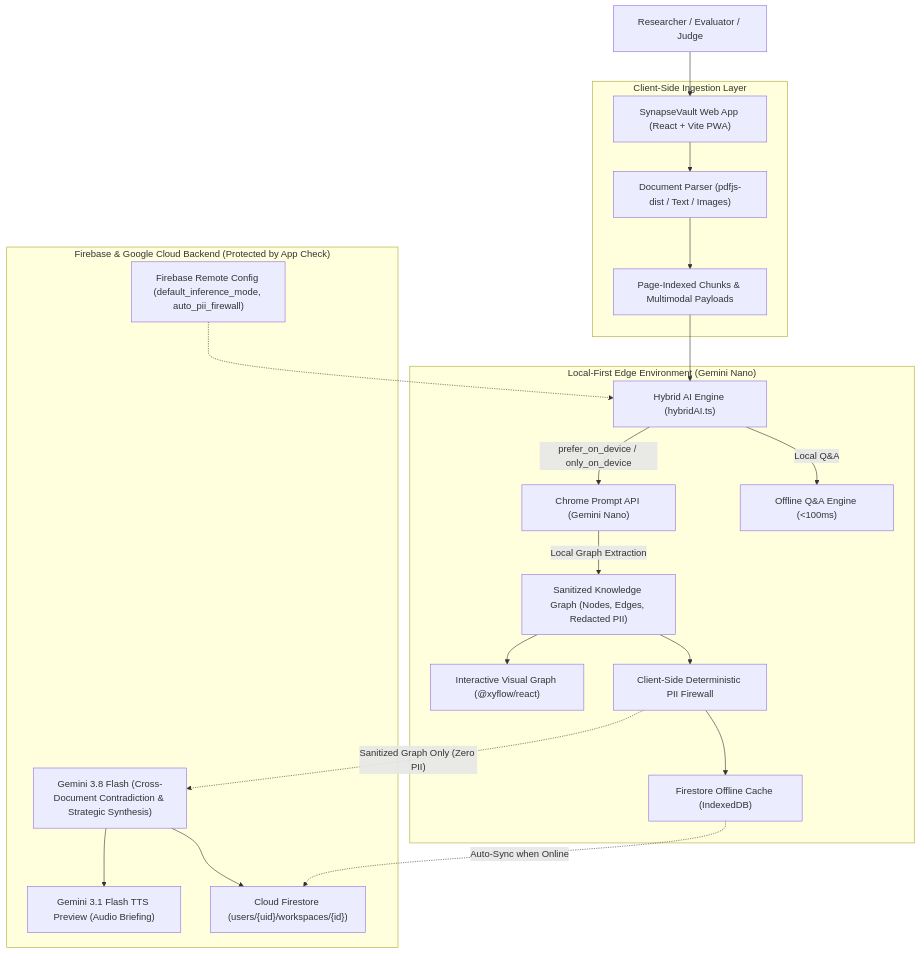
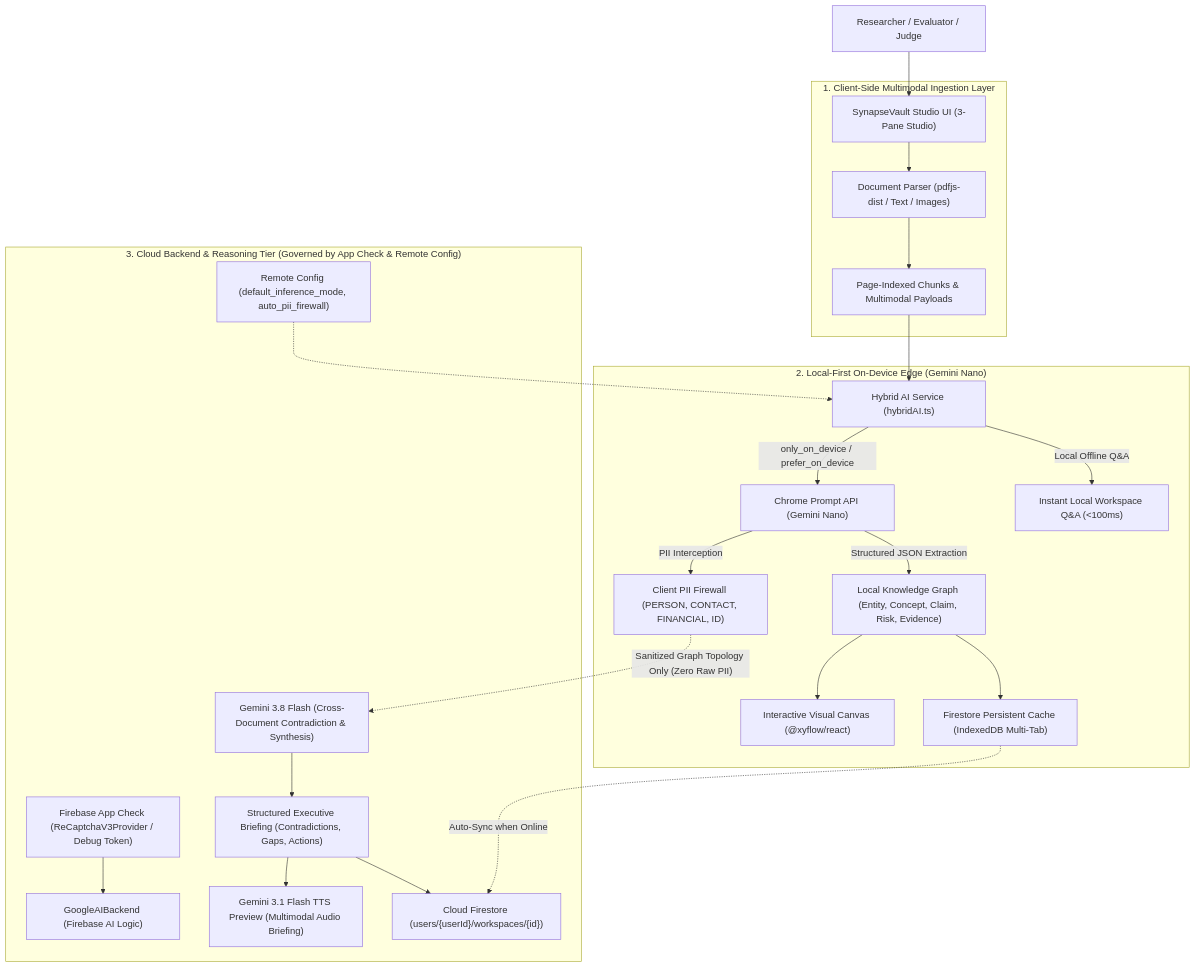
Before and after one commit to ritesh-1912/Firebase-Hackathon: the diagram in README.md, drawn with Mermaid. The commit also changed other lines of this file and 10 other files, not shown here.

Commit message:
chore: add hybrid benchmark mode, Firestore rules, and SynapseVault documentation

````diff
--- a/README.md
+++ b/README.md
@@ -41,30 +31,33 @@
 ```mermaid
 flowchart TD
-    User["Researcher / Evaluator / Judge"] --> UI["SynapseVault Web App (React + Vite PWA)"]
+    User["Researcher / Evaluator / Judge"] --> UI["SynapseVault Studio UI (3-Pane Studio)"]
     
-    subgraph Ingestion["Client-Side Ingestion Layer"]
+    subgraph Ingestion["1. Client-Side Multimodal Ingestion Layer"]
         UI --> Parser["Document Parser (pdfjs-dist / Text / Images)"]
         Parser --> IngestData["Page-Indexed Chunks & Multimodal Payloads"]
     end
 
-    subgraph Client["Local-First Edge Environment (Gemini Nano)"]
-        IngestData --> Router["Hybrid AI Engine (hybridAI.ts)"]
-        Router -->|"prefer_on_device / only_on_device"| PromptAPI["Chrome Prompt API (Gemini Nano)"]
-        PromptAPI -->|"Local Graph Extraction"| GraphPayload["Sanitized Knowledge Graph (Nodes, Edges, Redacted PII)"]
+    subgraph LocalEdge["2. Local-First On-Device Edge (Gemini Nano)"]
+        IngestData --> Router["Hybrid AI Service (hybridAI.ts)"]
+        Router -->|"only_on_device / prefer_on_device"| PromptAPI["Chrome Prompt API (Gemini Nano)"]
+        PromptAPI -->|"PII Interception"| Firewall["Client PII Firewall (PERSON, CONTACT, FINANCIAL, ID)"]
+        PromptAPI -->|"Structured JSON Extraction"| GraphPayload["Local Knowledge Graph (Entity, Concept, Claim, Risk, Evidence)"]
         
-        Router -->|"Local Q&A"| LocalQA["Offline Q&A Engine (<100ms)"]
+        Router -->|"Local Offline Q&A"| OfflineQA["Instant Local Workspace Q&A (<100ms)"]
         
-        GraphPayload --> GraphView["Interactive Visual Graph (@xyflow/react)"]
-        GraphPayload --> PiiFirewall["Client-Side Deterministic PII Firewall"]
-        PiiFirewall --> LocalCache["Firestore Offline Cache (IndexedDB)"]
+        GraphPayload --> GraphView["Interactive Visual Canvas (@xyflow/react)"]
+        GraphPayload --> LocalCache["Firestore Persistent Cache (IndexedDB Multi-Tab)"]
     end
 
-    subgraph Cloud["Firebase & Google Cloud Backend (Protected by App Check)"]
-        PiiFirewall -.->|"Sanitized Graph Only (Zero PII)"| CloudBriefing["Gemini 3.8 Flash (Cross-Document Contradiction & Strategic Synthesis)"]
-        CloudBriefing --> AudioTTS["Gemini 3.1 Flash TTS Preview (Audio Briefing)"]
+    subgraph Cloud["3. Cloud Backend & Reasoning Tier (Governed by App Check & Remote Config)"]
+        AppCheckGuard["Firebase App Check (ReCaptchaV3Provider / Debug Token)"] --> AIBackend["GoogleAIBackend (Firebase AI Logic)"]
+        RemoteConfig["Remote Config (default_inference_mode, auto_pii_firewall)"] -.-> Router
         
-        LocalCache -.->|"Auto-Sync when Online"| CloudFirestore["Cloud Firestore (users/{uid}/workspaces/{id})"]
+        Firewall -.->|"Sanitized Graph Topology Only (Zero Raw PII)"| CloudFlash["Gemini 3.8 Flash (Cross-Document Contradiction & Synthesis)"]
+        CloudFlash --> CloudBriefing["Structured Executive Briefing (Contradictions, Gaps, Actions)"]
+        CloudBriefing --> AudioTTS["Gemini 3.1 Flash TTS Preview (Multimodal Audio Briefing)"]
+        
+        LocalCache -.->|"Auto-Sync when Online"| CloudFirestore["Cloud Firestore (users/{userId}/workspaces/{id})"]
         CloudBriefing --> CloudFirestore
-        RemoteConfig["Firebase Remote Config (default_inference_mode, auto_pii_firewall)"] -.-> Router
     end
 ```
````
